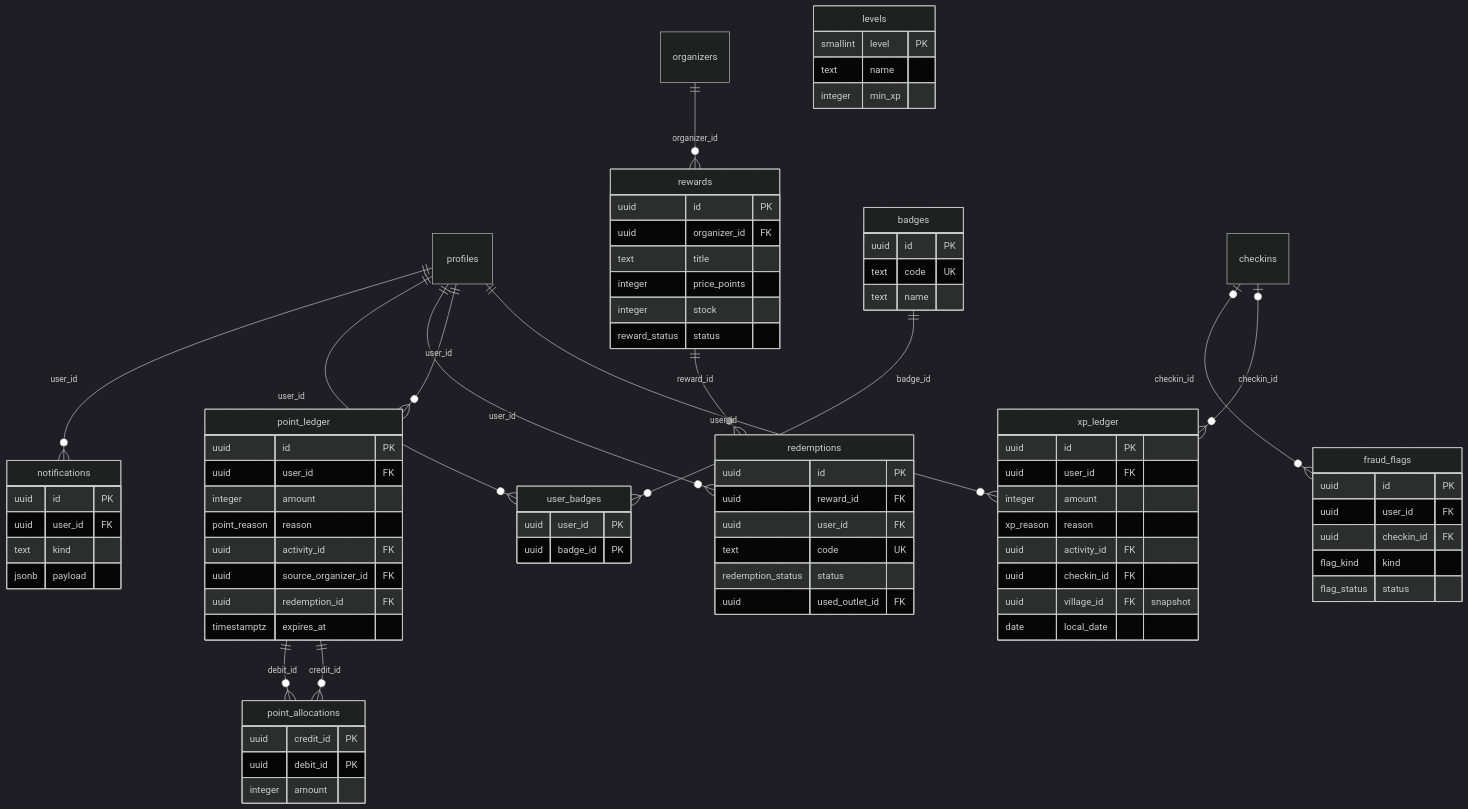
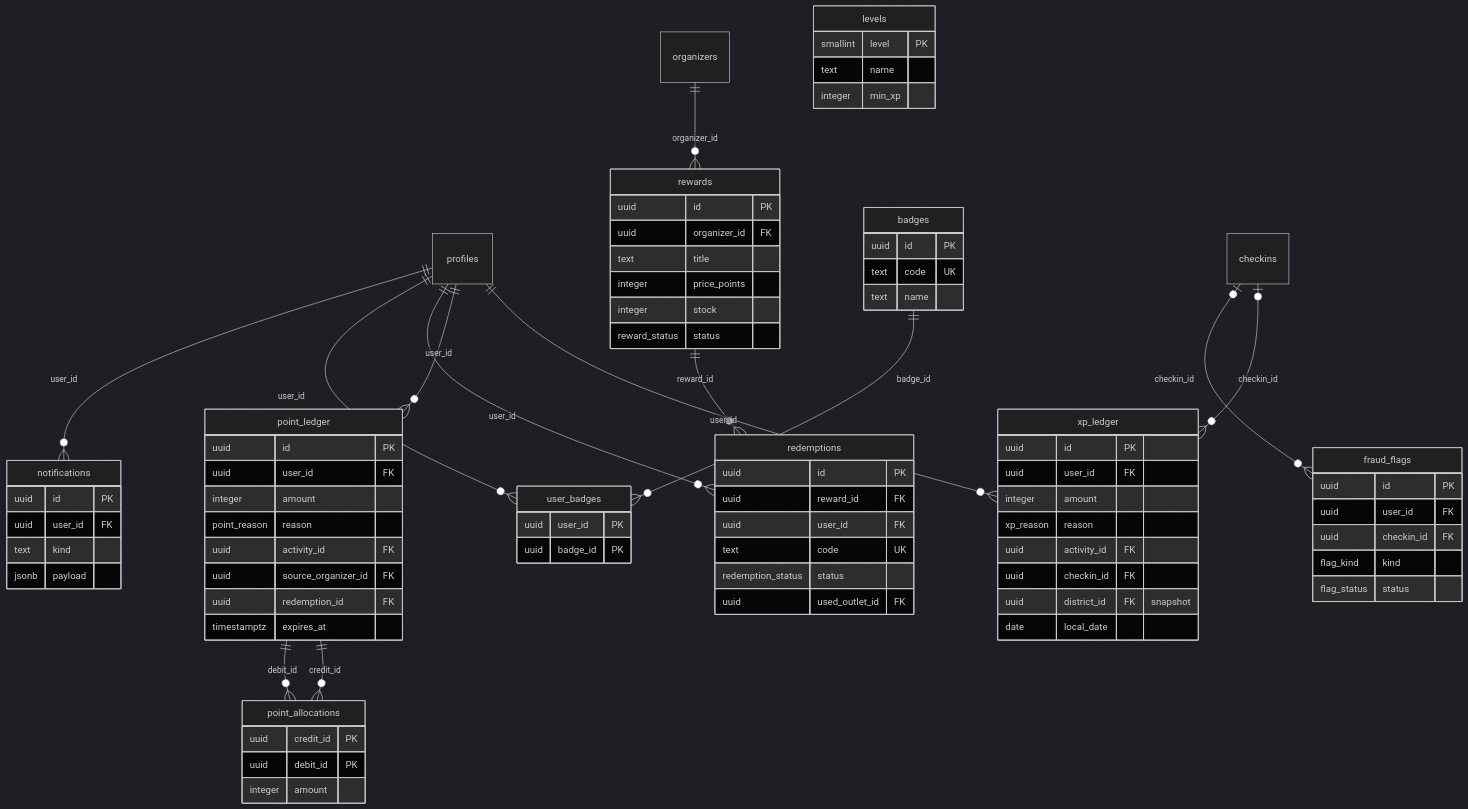
Before and after one commit to mirwanma/gasyu: the fourth of 5 diagrams in docs/DESAIN-DATABASE.md, drawn with Mermaid (dark theme). The commit also changed other lines of this file and 3 other files, not shown here.

```diff
--- a/docs/DESAIN-DATABASE.md
+++ b/docs/DESAIN-DATABASE.md
@@ -337,7 +338,7 @@
         xp_reason reason
         uuid activity_id FK
         uuid checkin_id FK
-        uuid village_id FK "snapshot"
+        uuid district_id FK "snapshot"
         date local_date
     }
     point_ledger {
```
